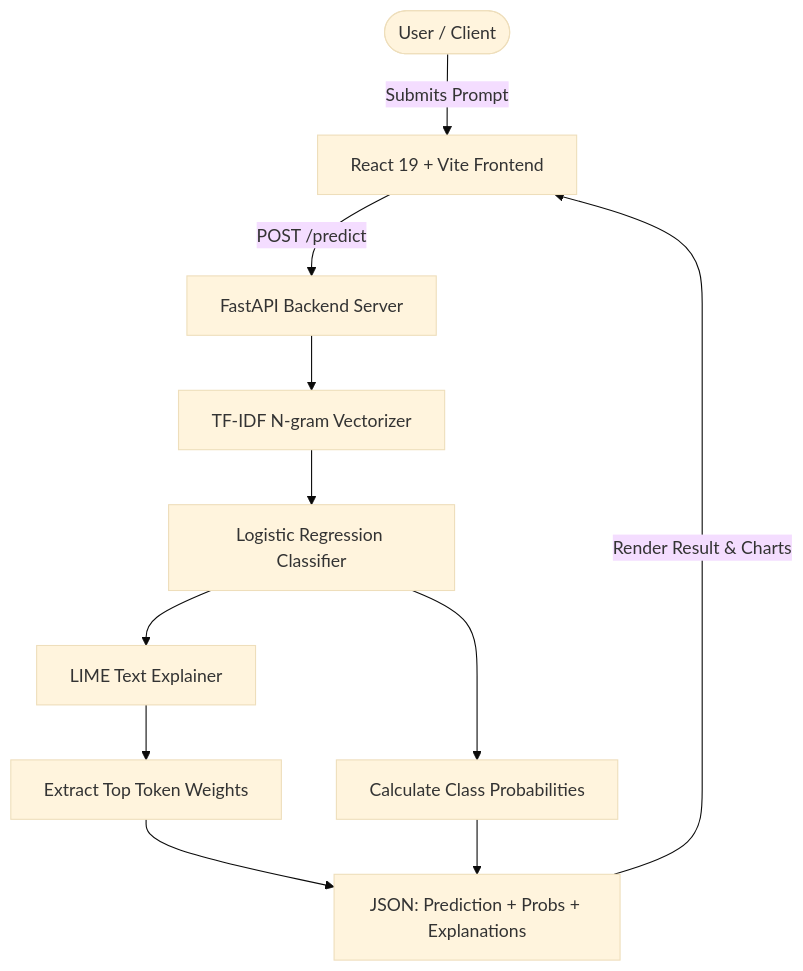
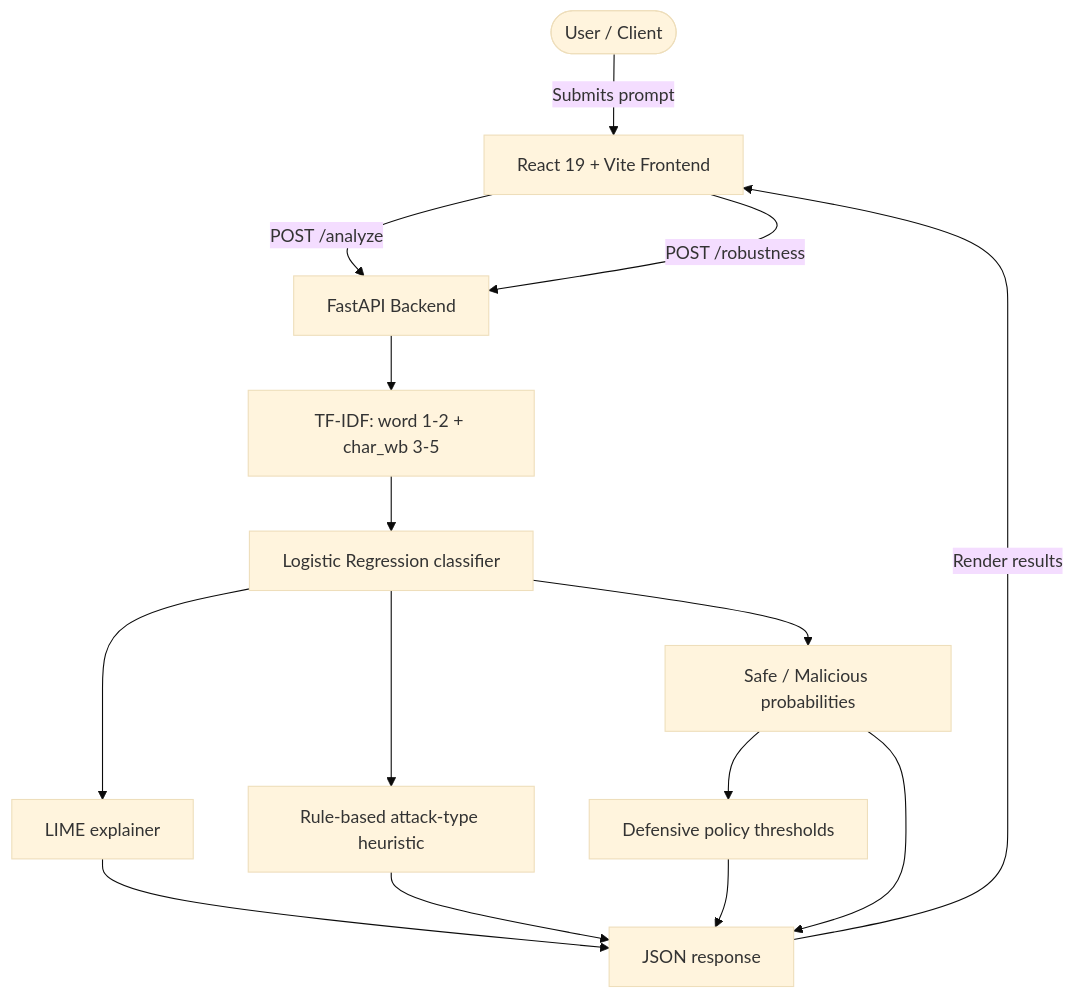
One commit to Yash-raj-06/PromptGuard changed the diagram in README.md. Above: the diagram before and after it, drawn with Mermaid (base theme). The commit also changed other lines of this file and 10 other files, not shown here.

````diff
--- a/README.md
+++ b/README.md
@@ -32,13 +32,17 @@
 ```mermaid
 flowchart TD
-    User([User / Client]) -->|Submits Prompt| Frontend[React 19 + Vite Frontend]
-    Frontend -->|POST /predict| API[FastAPI Backend Server]
-    API --> Vectorizer[TF-IDF N-gram Vectorizer]
-    Vectorizer --> Model[Logistic Regression Classifier]
-    Model --> Proba[Calculate Class Probabilities]
-    Model --> LIME[LIME Text Explainer]
-    LIME --> Weights[Extract Top Token Weights]
-    Weights --> Response[JSON: Prediction + Probs + Explanations]
+    User([User / Client]) -->|Submits prompt| Frontend[React 19 + Vite Frontend]
+    Frontend -->|POST /analyze| API[FastAPI Backend]
+    Frontend -->|POST /robustness| API
+    API --> Vec[TF-IDF: word 1-2 + char_wb 3-5]
+    Vec --> Clf[Logistic Regression classifier]
+    Clf --> Proba[Safe / Malicious probabilities]
+    Clf --> LIME[LIME explainer]
+    Clf --> Attack[Rule-based attack-type heuristic]
+    Proba --> Policy[Defensive policy thresholds]
+    LIME --> Response[JSON response]
+    Attack --> Response
+    Policy --> Response
     Proba --> Response
-    Response -->|Render Result & Charts| Frontend
+    Response -->|Render results| Frontend
 ```
````
